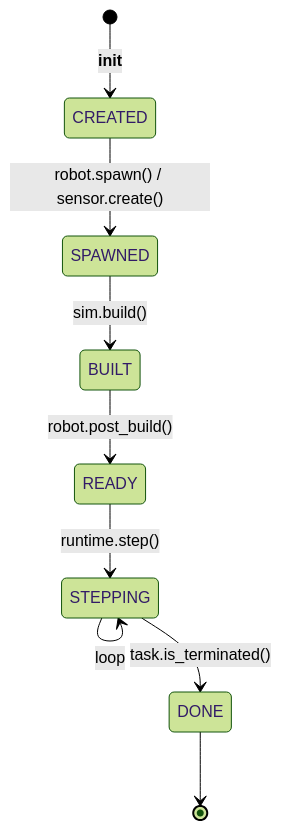
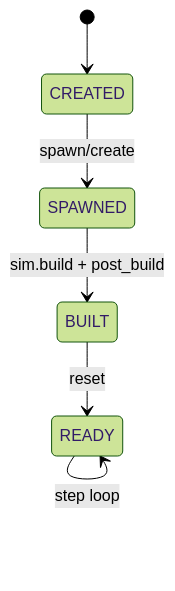
One commit to Royalvice/OmniNav changed the second of 3 diagrams in .github/contributing/IMPLEMENTATION_PLAN.md. Above: the diagram before and after it, drawn with Mermaid (forest theme). The commit also changed other lines of this file and 27 other files, not shown here.

````diff
--- a/.github/contributing/IMPLEMENTATION_PLAN.md
+++ b/.github/contributing/IMPLEMENTATION_PLAN.md
@@ -41,11 +76,8 @@
 ```mermaid
 stateDiagram-v2
-    [*] --> CREATED: __init__
-    CREATED --> SPAWNED: robot.spawn() / sensor.create()
-    SPAWNED --> BUILT: sim.build()
-    BUILT --> READY: robot.post_build()
-    READY --> STEPPING: runtime.step()
-    STEPPING --> STEPPING: loop
-    STEPPING --> DONE: task.is_terminated()
-    DONE --> [*]
+    [*] --> CREATED
+    CREATED --> SPAWNED: spawn/create
+    SPAWNED --> BUILT: sim.build + post_build
+    BUILT --> READY: reset
+    READY --> READY: step loop
 ```
````
